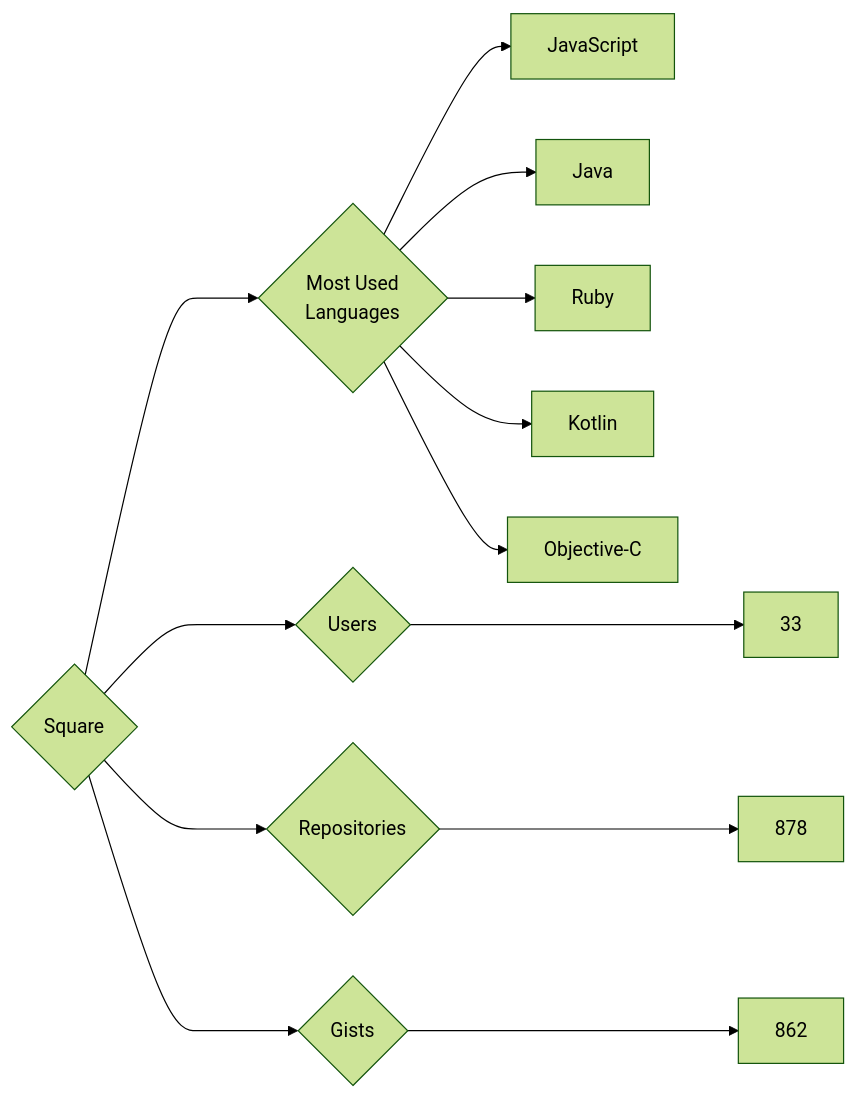
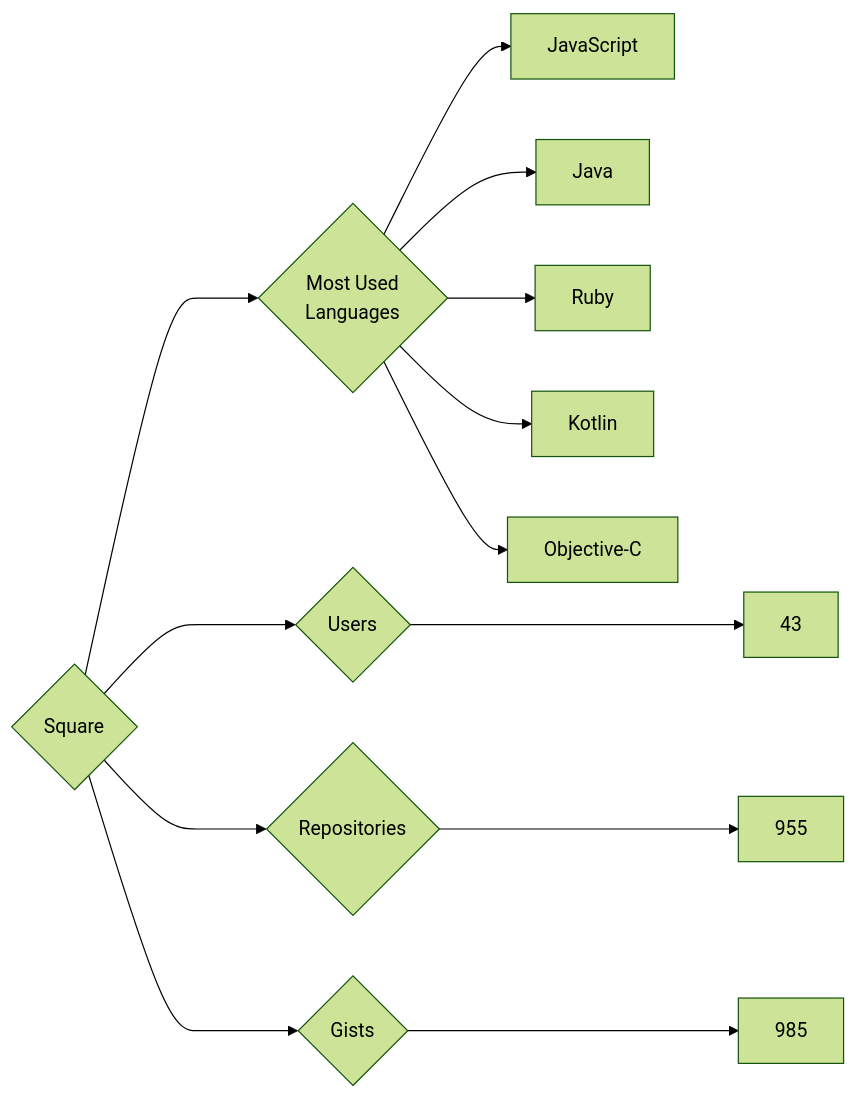
The diagram in targets/Square/README.md (trickest/insiders), drawn with Mermaid (forest theme) before and after one commit. The commit also changed 851 other files, not shown here.

````diff
--- a/targets/Square/README.md
+++ b/targets/Square/README.md
@@ -3,13 +3,13 @@
 ```mermaid
 graph LR
 COMPANY_NAME{Square}
-COMPANY_NAME ---> U{Users} ---> UN[33]
-COMPANY_NAME ---> R{Repositories} ---> RN[878]
-COMPANY_NAME ---> G{Gists} ---> GN[862]
+COMPANY_NAME ---> U{Users} ---> UN[43]
+COMPANY_NAME ---> R{Repositories} ---> RN[955]
+COMPANY_NAME ---> G{Gists} ---> GN[985]
 COMPANY_NAME ---> ML{Most Used<br>Languages}
 ML --> JavaScript[JavaScript]
 ML --> Java[Java]
 ML --> Ruby[Ruby]
 ML --> Kotlin[Kotlin]
 ML --> Objective-C[Objective-C]
 ```
````
